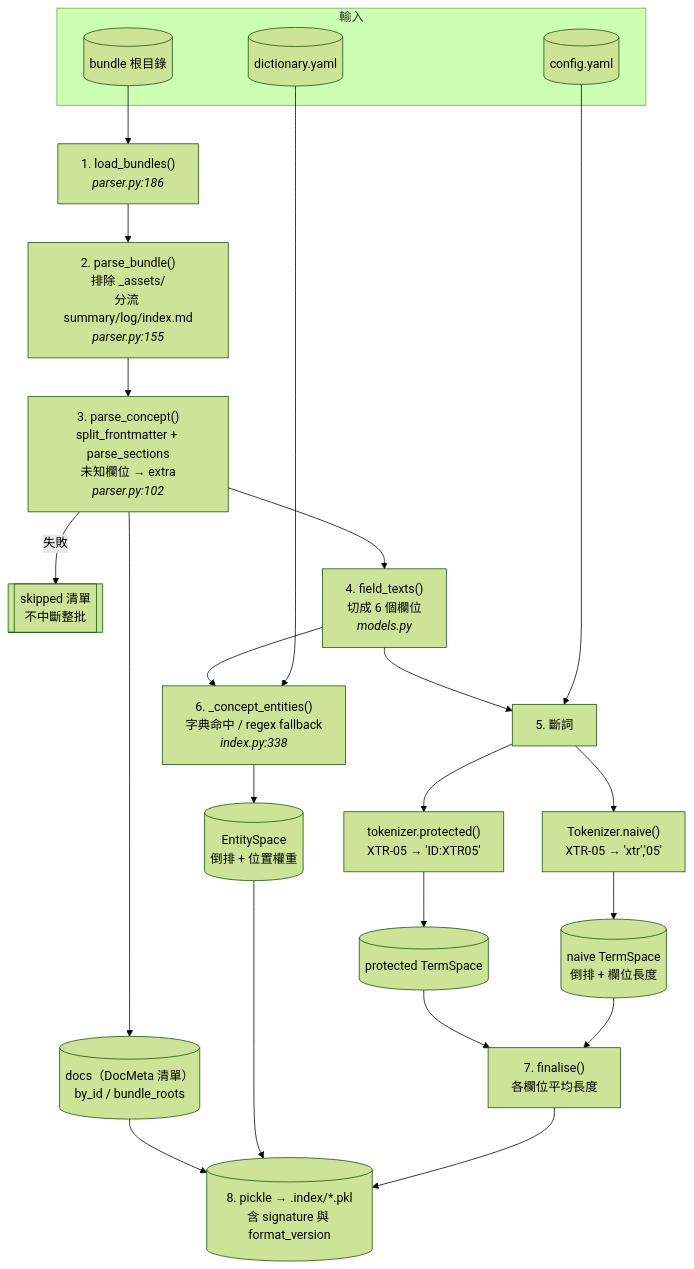
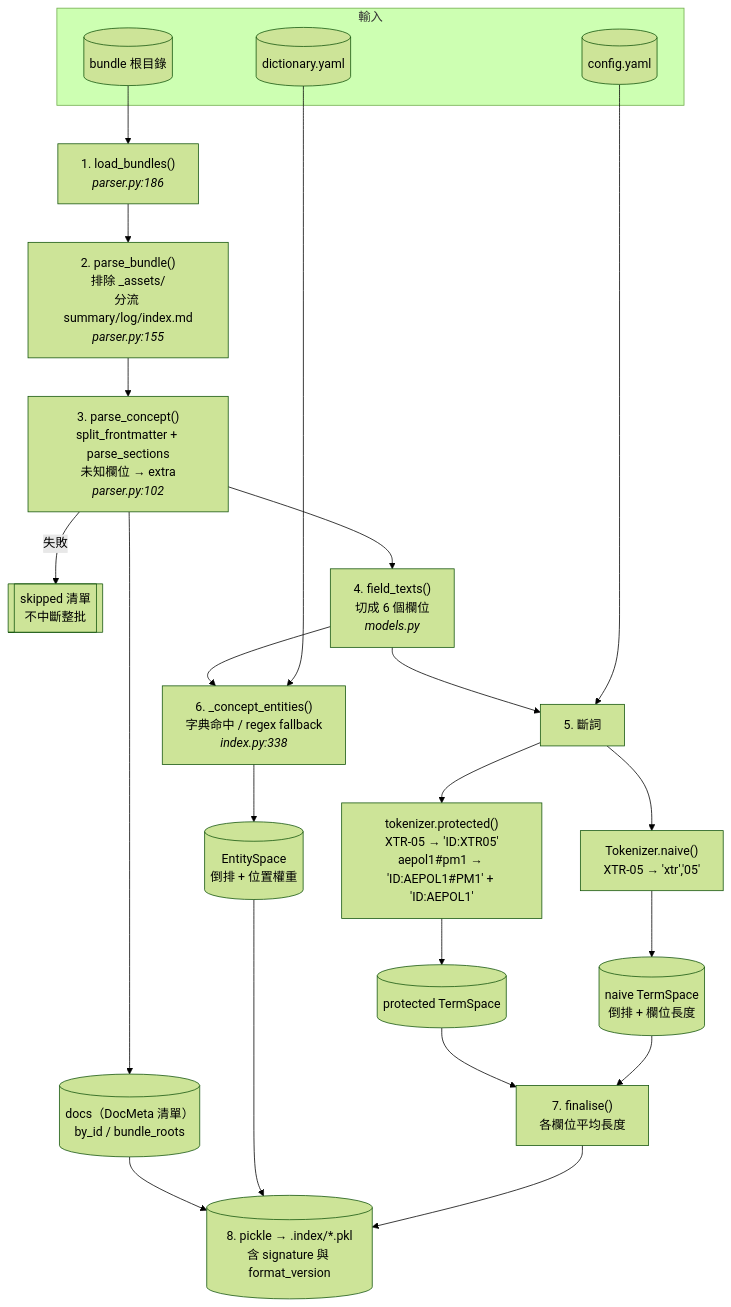
Before and after one commit to yiting-tom/YEDAI: the second of 8 diagrams in docs/data-flow.md, drawn with Mermaid (forest theme). The commit also changed other lines of this file and 29 other files, not shown here.

````diff
--- a/docs/data-flow.md
+++ b/docs/data-flow.md
@@ -42,34 +42,34 @@
 ```mermaid
 flowchart TB
   subgraph IN[輸入]
     ROOT[("bundle 根目錄")]
     CFG[("config.yaml")]
     DIC[("dictionary.yaml")]
   end
 
   ROOT --> P1["1. load_bundles()<br/><i>parser.py:186</i>"]
   P1 --> P2["2. parse_bundle()<br/>排除 _assets/<br/>分流 summary/log/index.md<br/><i>parser.py:155</i>"]
   P2 --> P3["3. parse_concept()<br/>split_frontmatter + parse_sections<br/>未知欄位 → extra<br/><i>parser.py:102</i>"]
   P3 -->|失敗| SKIP[["skipped 清單<br/>不中斷整批"]]
   P3 --> P4["4. field_texts()<br/>切成 6 個欄位<br/><i>models.py</i>"]
 
   CFG --> TOK
   P4 --> TOK["5. 斷詞"]
   TOK --> TA["Tokenizer.naive()<br/>XTR-05 → 'xtr','05'"]
-  TOK --> TB["tokenizer.protected()<br/>XTR-05 → 'ID:XTR05'"]
+  TOK --> TB["tokenizer.protected()<br/>XTR-05 → 'ID:XTR05'<br/>aepol1#pm1 → 'ID:AEPOL1#PM1' + 'ID:AEPOL1'"]
 
   DIC --> EX
   P4 --> EX["6. _concept_entities()<br/>字典命中 / regex fallback<br/><i>index.py:338</i>"]
 
   TA --> SA[("naive TermSpace<br/>倒排 + 欄位長度")]
   TB --> SB[("protected TermSpace")]
   EX --> SE[("EntitySpace<br/>倒排 + 位置權重")]
 
   P3 --> META[("docs（DocMeta 清單）<br/>by_id / bundle_roots")]
 
   SA --> FIN["7. finalise()<br/>各欄位平均長度"]
   SB --> FIN
   FIN --> SAVE[("8. pickle → .index/*.pkl<br/>含 signature 與 format_version")]
   SE --> SAVE
   META --> SAVE
 ```
````
